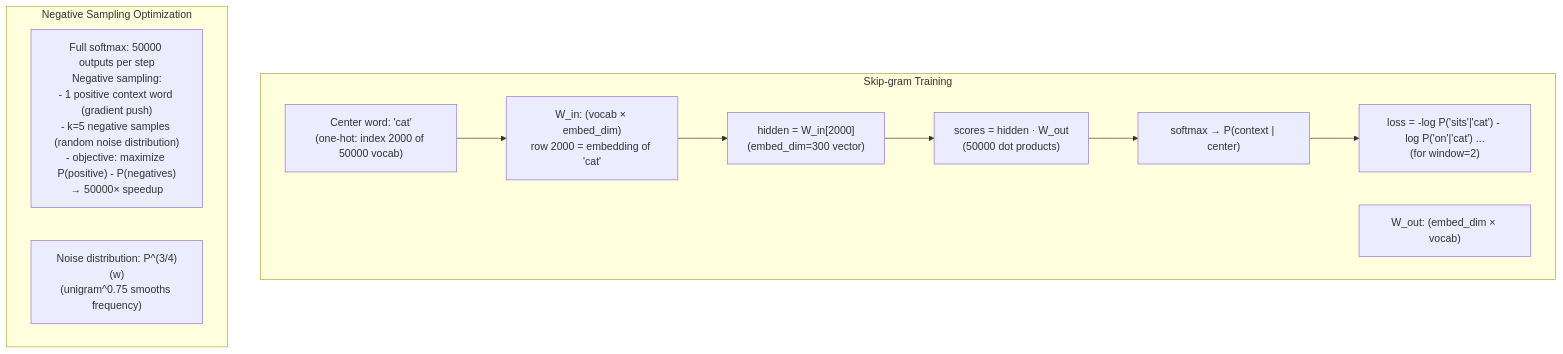
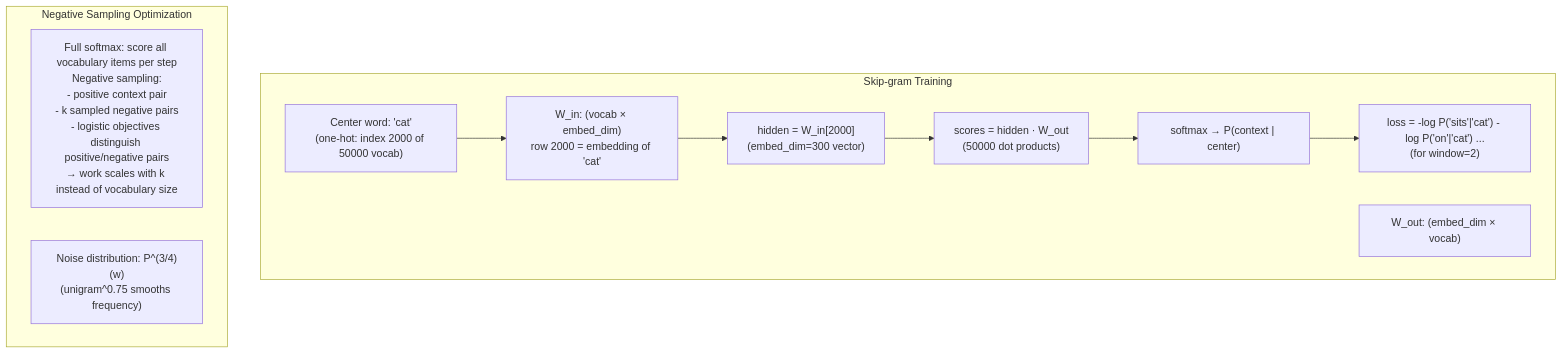
One commit to choisimo/document changed diagram 15 of 24 in content/docs/books/cs-reference/ko/ml-ai-internals.md. Above: the diagram before and after it, drawn with Mermaid. The commit also changed other lines of this file and 504 other files, not shown here.

````diff
--- a/content/docs/books/cs-reference/ko/ml-ai-internals.md
+++ b/content/docs/books/cs-reference/ko/ml-ai-internals.md
@@ -334,18 +336,18 @@
 ```mermaid
 flowchart TD
     subgraph "Skip-gram Training"
         Center["Center word: 'cat'\n(one-hot: index 2000 of 50000 vocab)"]
         WIn["W_in: (vocab × embed_dim)\nrow 2000 = embedding of 'cat'"]
         Hidden["hidden = W_in[2000]\n(embed_dim=300 vector)"]
         WOut["W_out: (embed_dim × vocab)"]
         Scores["scores = hidden · W_out\n(50000 dot products)"]
         Softmax2["softmax → P(context | center)"]
         Loss2["loss = -log P('sits'|'cat') - log P('on'|'cat') ...\n(for window=2)"]
     end
     Center --> WIn --> Hidden --> Scores --> Softmax2 --> Loss2
 
     subgraph "Negative Sampling Optimization"
-        NS["Full softmax: 50000 outputs per step\nNegative sampling:\n- 1 positive context word (gradient push)\n- k=5 negative samples (random noise distribution)\n- objective: maximize P(positive) - P(negatives)\n→ 50000× speedup"]
+        NS["Full softmax: score all vocabulary items per step\nNegative sampling:\n- positive context pair\n- k sampled negative pairs\n- logistic objectives distinguish positive/negative pairs\n→ work scales with k instead of vocabulary size"]
         Dist["Noise distribution: P^(3/4)(w)\n(unigram^0.75 smooths frequency)"]
     end
 ```
````
